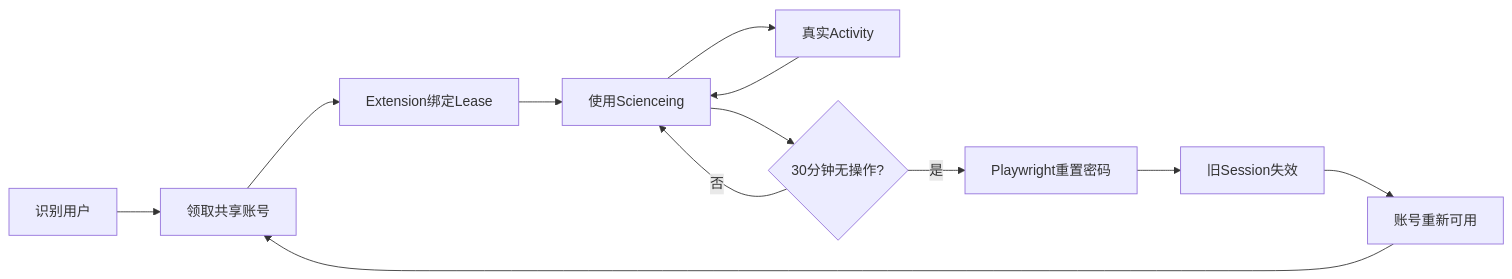
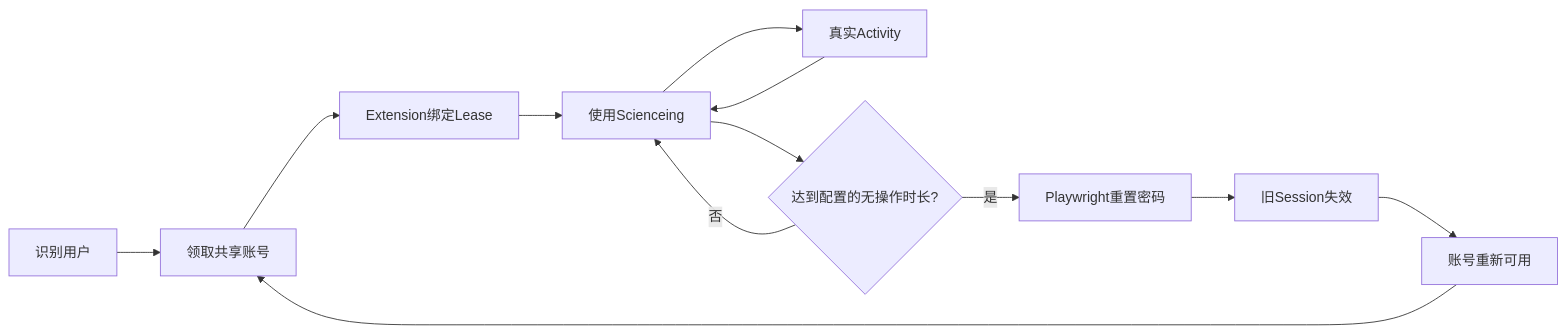
Before and after one commit to lzc452/scienceing-account-manager: diagram 12 of 12 in PRD.md, drawn with Mermaid. The commit also changed other lines of this file and 48 other files, not shown here.

Commit message:
add: 使用手册图片插入，倒计时改为小时单位

````diff
--- a/PRD.md
+++ b/PRD.md
@@ -2807,37 +2809,37 @@
 ```mermaid
 flowchart LR
 
     LOGIN[识别用户]
 
     CLAIM[领取共享账号]
 
     BIND[Extension绑定Lease]
 
     USE[使用Scienceing]
 
     ACT[真实Activity]
 
-    TIMEOUT{30分钟无操作?}
+    TIMEOUT{达到配置的无操作时长?}
 
     RESET[Playwright重置密码]
 
     KICK[旧Session失效]
 
     FREE[账号重新可用]
 
     LOGIN --> CLAIM
     CLAIM --> BIND
     BIND --> USE
 
     USE --> ACT
     ACT --> USE
 
     USE --> TIMEOUT
 
     TIMEOUT -- 否 --> USE
     TIMEOUT -- 是 --> RESET
 
     RESET --> KICK
     KICK --> FREE
     FREE --> CLAIM
 ```
````
